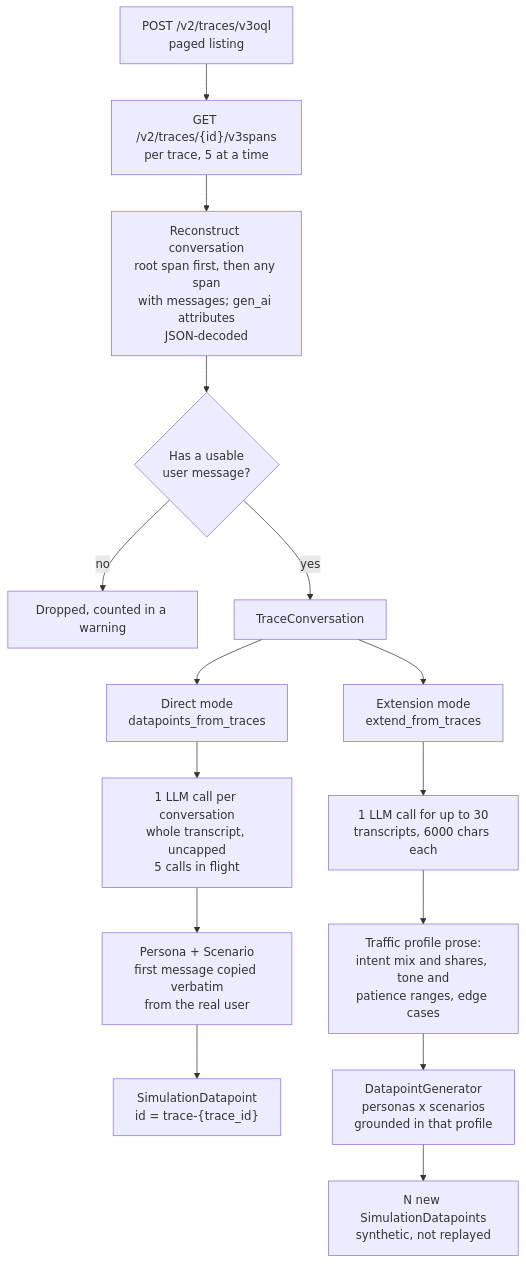
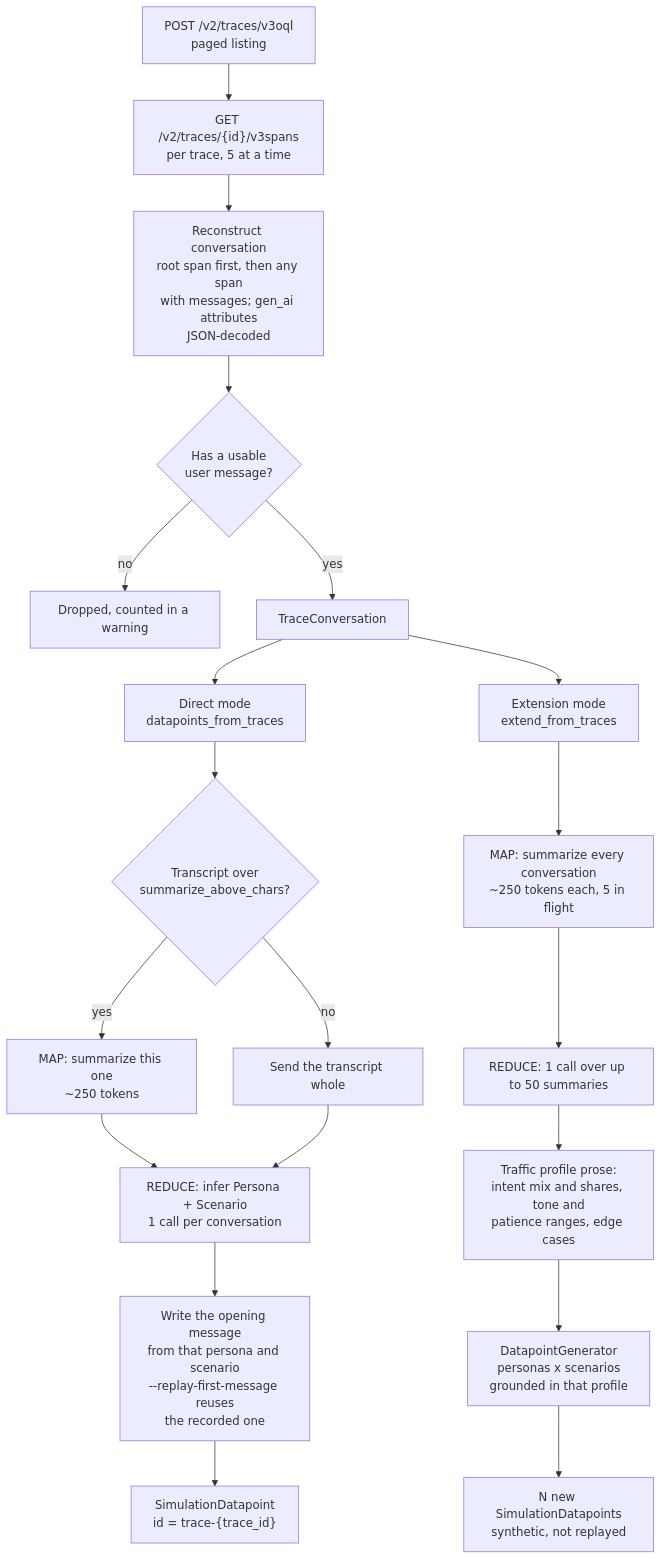
Before and after one commit to orq-ai/evaluatorq: the second of 2 diagrams in docs/guides/agent-simulation.md, drawn with Mermaid. The commit also changed other lines of this file and 4 other files, not shown here.

First line of the commit message:
feat(simulation): map-reduce the trace pipeline and generate trace-derived openings (RES-1286)

````diff
--- a/docs/guides/agent-simulation.md
+++ b/docs/guides/agent-simulation.md
@@ -435,20 +443,25 @@
 ```mermaid
 flowchart TD
     A["POST /v2/traces/v3oql<br/>paged listing"] --> B["GET /v2/traces/{id}/v3spans<br/>per trace, 5 at a time"]
     B --> C["Reconstruct conversation<br/>root span first, then any span<br/>with messages; gen_ai attributes<br/>JSON-decoded"]
     C --> D{"Has a usable<br/>user message?"}
     D -- "no" --> E["Dropped, counted in a warning"]
     D -- "yes" --> F["TraceConversation"]
 
     F --> G["Direct mode<br/>datapoints_from_traces"]
     F --> H["Extension mode<br/>extend_from_traces"]
 
-    G --> I["1 LLM call per conversation<br/>whole transcript, uncapped<br/>5 calls in flight"]
-    I --> J["Persona + Scenario<br/>first message copied verbatim<br/>from the real user"]
+    G --> G1{"Transcript over<br/>summarize_above_chars?"}
+    G1 -- "yes" --> G2["MAP: summarize this one<br/>~250 tokens"]
+    G1 -- "no" --> G3["Send the transcript whole"]
+    G2 --> I["REDUCE: infer Persona + Scenario<br/>1 call per conversation"]
+    G3 --> I
+    I --> J["Write the opening message<br/>from that persona and scenario<br/>--replay-first-message reuses<br/>the recorded one"]
     J --> K["SimulationDatapoint<br/>id = trace-{trace_id}"]
 
-    H --> L["1 LLM call for up to 30<br/>transcripts, 6000 chars each"]
+    H --> H1["MAP: summarize every conversation<br/>~250 tokens each, 5 in flight"]
+    H1 --> L["REDUCE: 1 call over up to 50 summaries"]
     L --> M["Traffic profile prose:<br/>intent mix and shares, tone and<br/>patience ranges, edge cases"]
     M --> N["DatapointGenerator<br/>personas x scenarios<br/>grounded in that profile"]
     N --> O["N new SimulationDatapoints<br/>synthetic, not replayed"]
 ```
````
